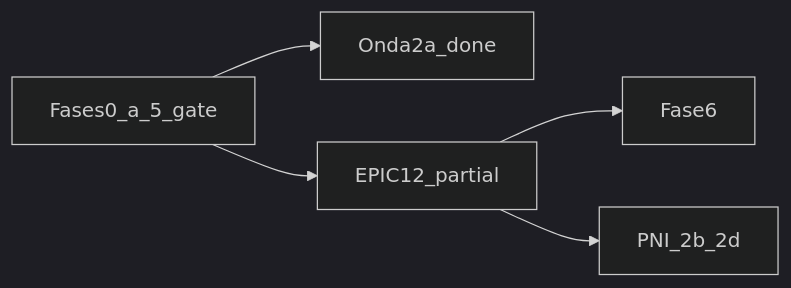
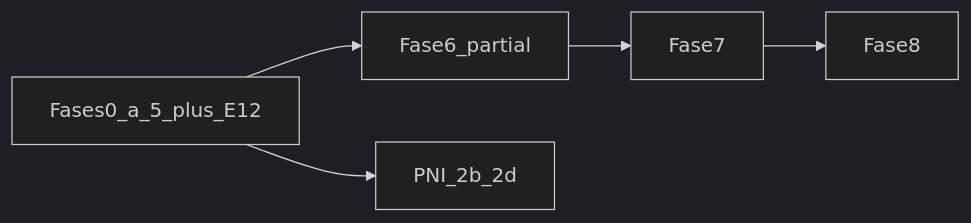
Before and after one commit to tiagocassio/cidadaobr: the diagram in docs/commercial/status-plano-2026-06.md, drawn with Mermaid (dark theme). The commit also changed other lines of this file and 99 other files, not shown here.

First line of the commit message:
feat(fase-6): Citizen Plus APIs, FCC shared care e reference gate

````diff
--- a/docs/commercial/status-plano-2026-06.md
+++ b/docs/commercial/status-plano-2026-06.md
@@ -23,13 +24,12 @@
 ```mermaid
 flowchart LR
-  done[Fases0_a_5_gate]
-  pni2a[Onda2a_done]
-  epic12[EPIC12_partial]
-  f6[Fase6]
-  pni2b[PNI_2b_2d]
+  done[Fases0_a_5_plus_E12]
+  f6[Fase6_partial]
+  pni[PNI_2b_2d]
+  f7[Fase7]
+  f8[Fase8]
 
-  done --> epic12
-  epic12 --> f6
-  done --> pni2a
-  epic12 --> pni2b
+  done --> f6
+  done --> pni
+  f6 --> f7 --> f8
 ```
````
